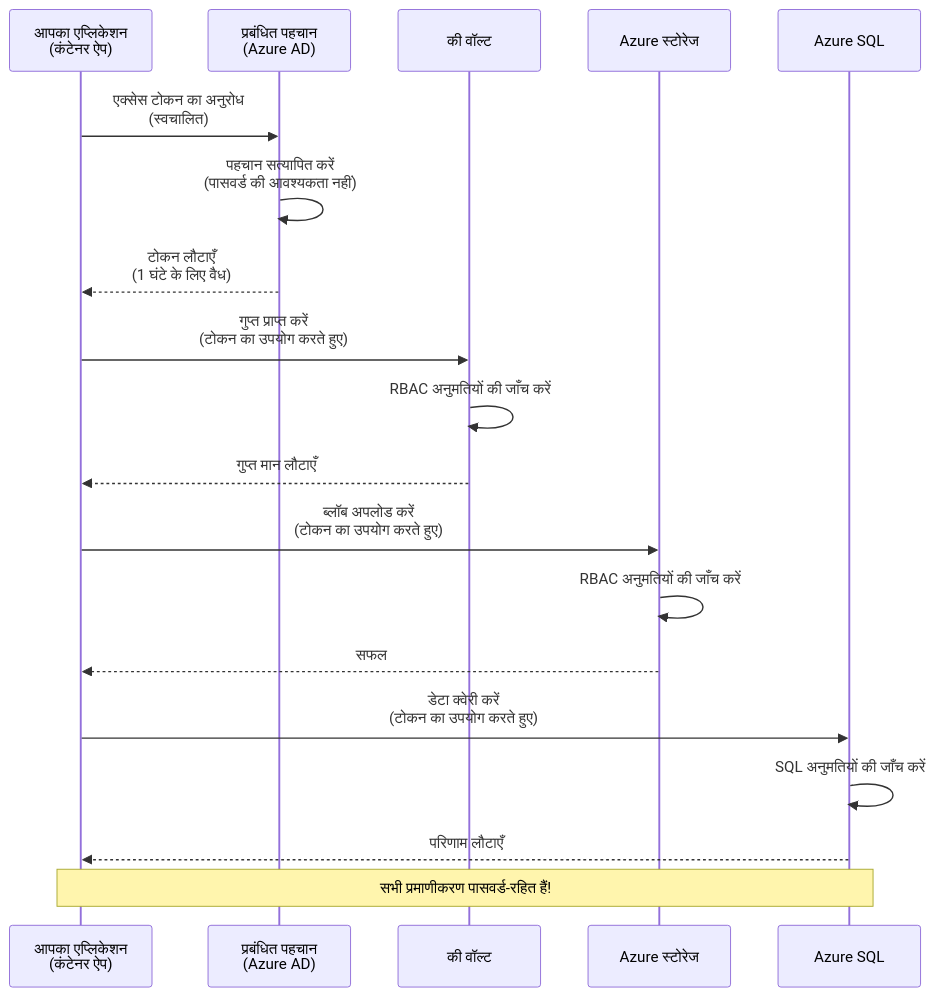
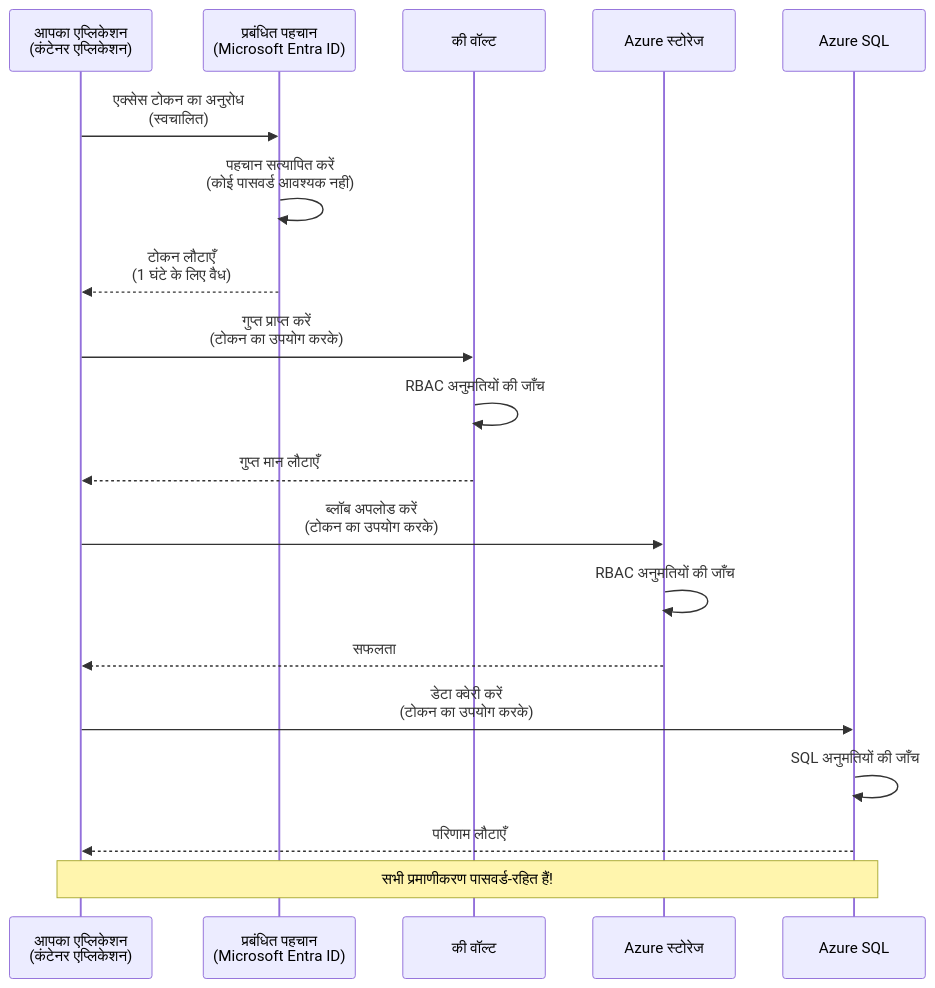
One commit to microsoft/AZD-for-beginners changed the first of 2 diagrams in translations/hi/docs/chapter-03-configuration/authsecurity.md. Above: the diagram before and after it, drawn with Mermaid. The commit also changed other lines of this file and 104 other files, not shown here.

````diff
--- a/translations/hi/docs/chapter-03-configuration/authsecurity.md
+++ b/translations/hi/docs/chapter-03-configuration/authsecurity.md
@@ -69,26 +69,26 @@
 ```mermaid
 sequenceDiagram
-    participant App as आपका एप्लिकेशन<br/>(कंटेनर ऐप)
-    participant MI as प्रबंधित पहचान<br/>(Azure AD)
+    participant App as आपका एप्लिकेशन<br/>(कंटेनर एप्लिकेशन)
+    participant MI as प्रबंधित पहचान<br/>(Microsoft Entra ID)
     participant KV as की वॉल्ट
     participant Storage as Azure स्टोरेज
     participant DB as Azure SQL
     
     App->>MI: एक्सेस टोकन का अनुरोध<br/>(स्वचालित)
-    MI->>MI: पहचान सत्यापित करें<br/>(पासवर्ड की आवश्यकता नहीं)
+    MI->>MI: पहचान सत्यापित करें<br/>(कोई पासवर्ड आवश्यक नहीं)
     MI-->>App: टोकन लौटाएँ<br/>(1 घंटे के लिए वैध)
     
-    App->>KV: गुप्त प्राप्त करें<br/>(टोकन का उपयोग करते हुए)
-    KV->>KV: RBAC अनुमतियों की जाँच करें
+    App->>KV: गुप्त प्राप्त करें<br/>(टोकन का उपयोग करके)
+    KV->>KV: RBAC अनुमतियों की जाँच
     KV-->>App: गुप्त मान लौटाएँ
     
-    App->>Storage: ब्लॉब अपलोड करें<br/>(टोकन का उपयोग करते हुए)
-    Storage->>Storage: RBAC अनुमतियों की जाँच करें
-    Storage-->>App: सफल
+    App->>Storage: ब्लॉब अपलोड करें<br/>(टोकन का उपयोग करके)
+    Storage->>Storage: RBAC अनुमतियों की जाँच
+    Storage-->>App: सफलता
     
-    App->>DB: डेटा क्वेरी करें<br/>(टोकन का उपयोग करते हुए)
-    DB->>DB: SQL अनुमतियों की जाँच करें
+    App->>DB: डेटा क्वेरी करें<br/>(टोकन का उपयोग करके)
+    DB->>DB: SQL अनुमतियों की जाँच
     DB-->>App: परिणाम लौटाएँ
     
     Note over App,DB: सभी प्रमाणीकरण पासवर्ड-रहित हैं!
 ```
````
